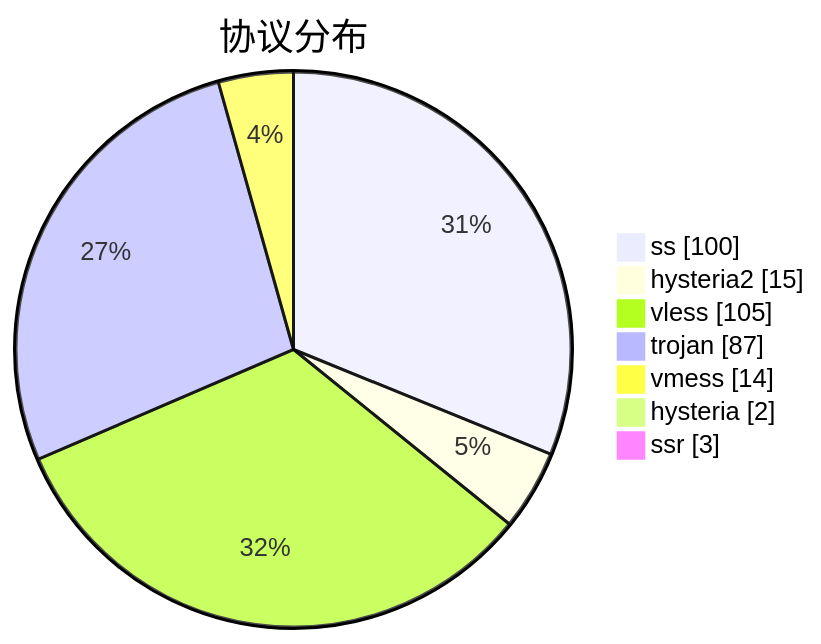
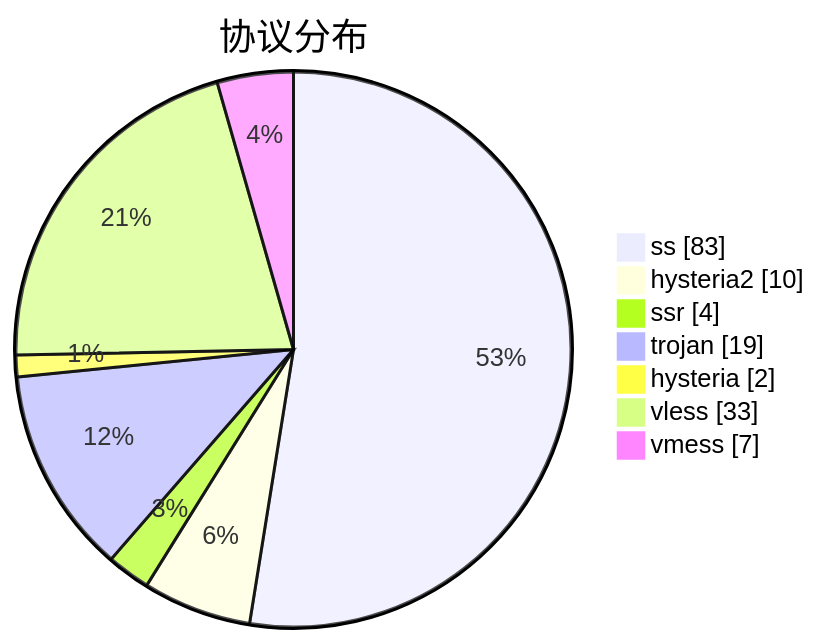
The third of 3 diagrams in subs/statistics/tested_within.md (sinspired/airport), drawn with Mermaid before and after one commit. The commit also changed other lines of this file and 2 other files, not shown here.

````diff
--- a/subs/statistics/tested_within.md
+++ b/subs/statistics/tested_within.md
@@ -67,11 +61,11 @@
 ```mermaid
 pie showData
 title 协议分布
-"ss" : 100
-"hysteria2" : 15
-"vless" : 105
-"trojan" : 87
-"vmess" : 14
+"ss" : 83
+"hysteria2" : 10
+"ssr" : 4
+"trojan" : 19
 "hysteria" : 2
-"ssr" : 3
+"vless" : 33
+"vmess" : 7
 ```
````
